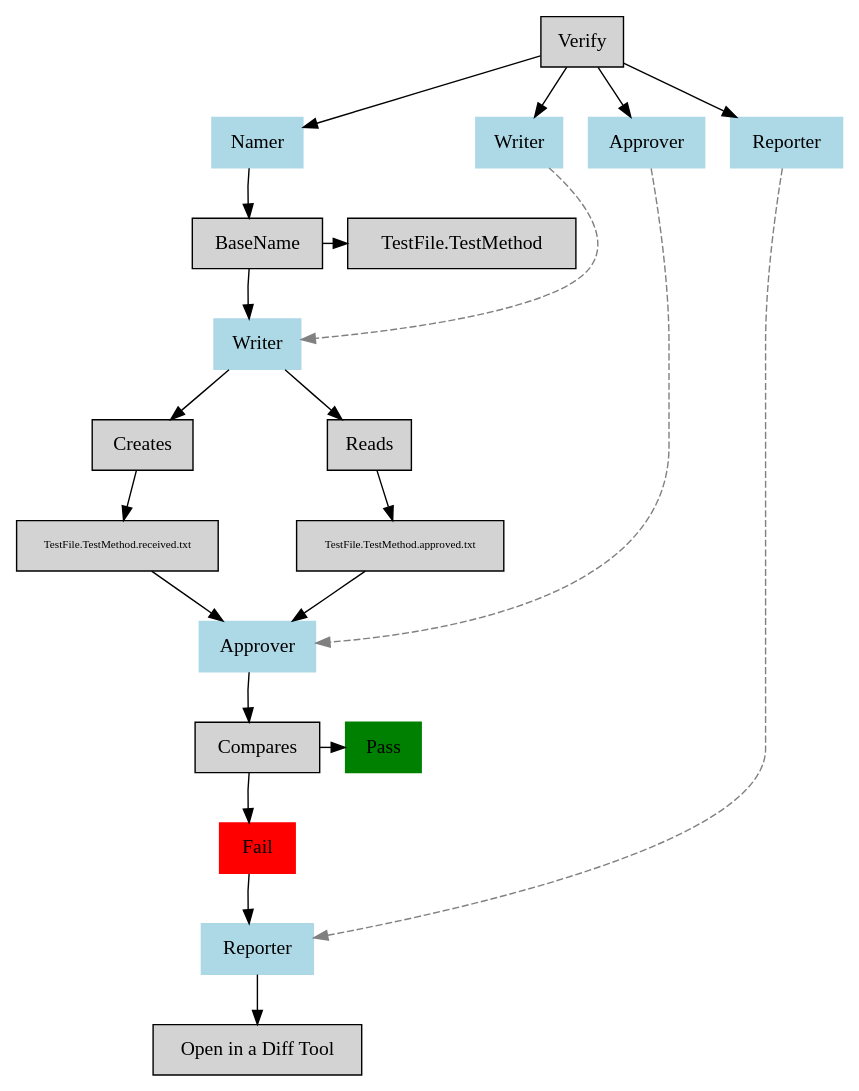
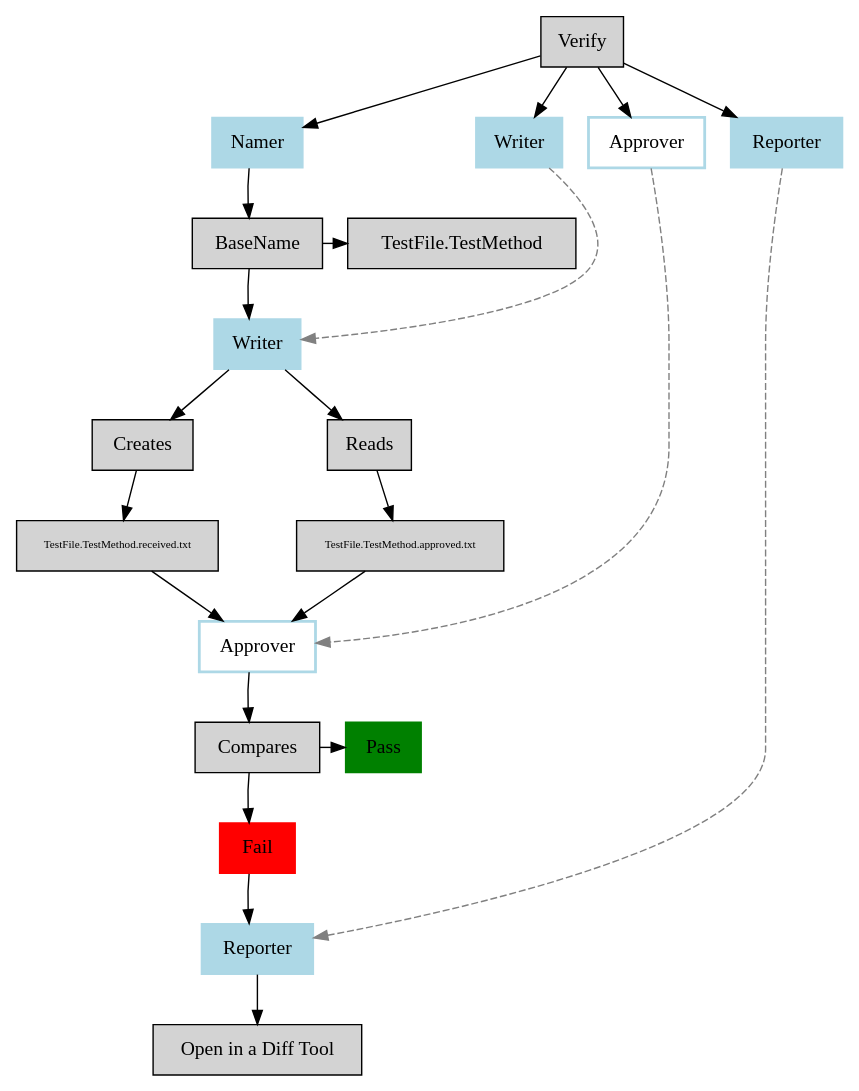
One commit to approvals/ApprovalTests.Net changed the diagram in docs/ApprovalTests/explanations/mdsource/MainConceptsComplete.dot. Above: the diagram before and after it, drawn with Graphviz. The commit also changed 4 other files, not shown here.

```diff
--- a/docs/ApprovalTests/explanations/mdsource/MainConceptsComplete.dot
+++ b/docs/ApprovalTests/explanations/mdsource/MainConceptsComplete.dot
@@ -1,34 +1,35 @@
 digraph G { node [style=filled, shape=rec]
 
 # Nodes
 "Verify" -> {"Namer", "Writer", "Approver", "Reporter"}
 "Namer" -> "BaseName" -> "TestFile.TestMethod"
 "BaseName" -> "Writer1"
 "Writer1" -> "Creates" -> "TestFile.TestMethod.received.txt" -> "Approver1"
 "Writer1" -> "Reads" -> "TestFile.TestMethod.approved.txt" -> "Approver1"
 "Approver1" -> "Compares" -> {"Pass", "Fail"}
 "Writer" -> "Writer1" [style=dashed, color=grey]
 "Approver" -> "Approver1" [style=dashed, color=grey]
 "Reporter" -> "Reporter1" [style=dashed, color=grey]
 
 "Fail" -> "Reporter1" -> "Open in a Diff Tool"
 
 # Formatting
 "Pass" [color=green]
 "Fail" [color=red]
 "TestFile.TestMethod.received.txt" [fontsize=8]
 "TestFile.TestMethod.approved.txt" [fontsize=8]
 "Approver1" [label="Approver"]
 "Writer1" [label="Writer"]
 "Reporter1" [label="Reporter"]
 
-"Writer", "Writer1", "Approver", "Approver1", "Reporter", "Reporter1", "Namer" [color=lightblue]
+"Writer", "Writer1", "Reporter", "Reporter1", "Namer" [color=lightblue]
+"Approver", "Approver1" [color=lightblue, fillcolor=white, style=bold]
 "Approver1", "Writer1", "Reporter1", "Namer", "BaseName", "Compares", "Fail" [group=g1]
 edge [style=invis]
 "Namer" -> "BaseName" -> "Writer1" -> "Approver1" -> "Compares" -> "Fail" ->  "Reporter1"
 
 { rank=same; "Pass", "Compares"}
 { rank=same; "TestFile.TestMethod", "BaseName"}
 { rank=same; "Namer", "Writer", "Approver", "Reporter"}
 
 }
```
